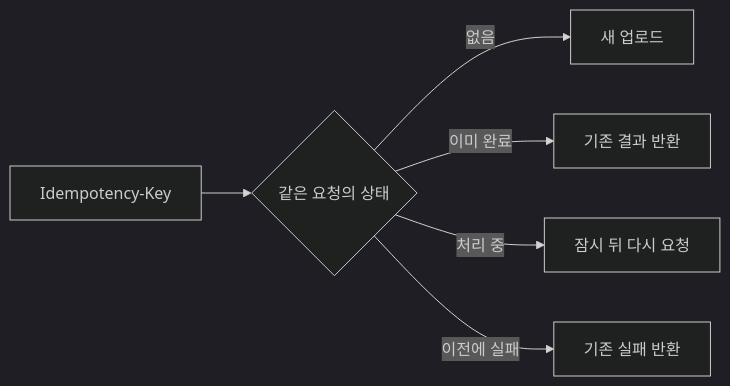
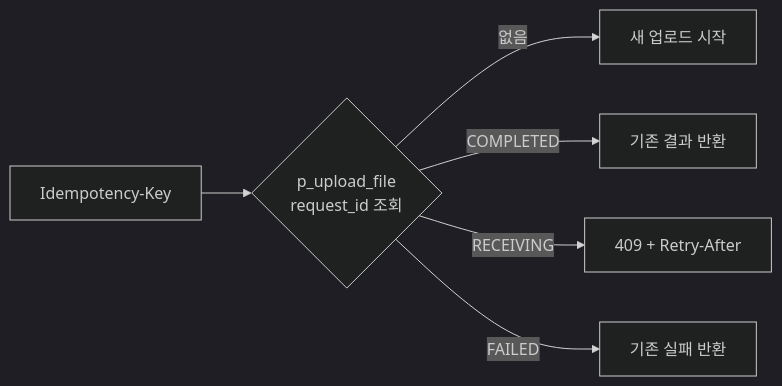
The third of 8 diagrams in README.md (seokjun7410/file-upload), drawn with Mermaid (dark theme) before and after one commit. The commit also changed other lines of this file and 2 other files, not shown here.

````diff
--- a/README.md
+++ b/README.md
@@ -117,8 +117,8 @@
 ```mermaid
 flowchart LR
-    K[Idempotency-Key] --> Q{같은 요청의 상태}
-    Q -->|없음| N[새 업로드]
-    Q -->|이미 완료| C[기존 결과 반환]
-    Q -->|처리 중| R[잠시 뒤 다시 요청]
-    Q -->|이전에 실패| F[기존 실패 반환]
+    K[Idempotency-Key] --> Q{p_upload_file<br/>request_id 조회}
+    Q -->|없음| N[새 업로드 시작]
+    Q -->|COMPLETED| C[기존 결과 반환]
+    Q -->|RECEIVING| R[409 + Retry-After]
+    Q -->|FAILED| F[기존 실패 반환]
 ```
````
